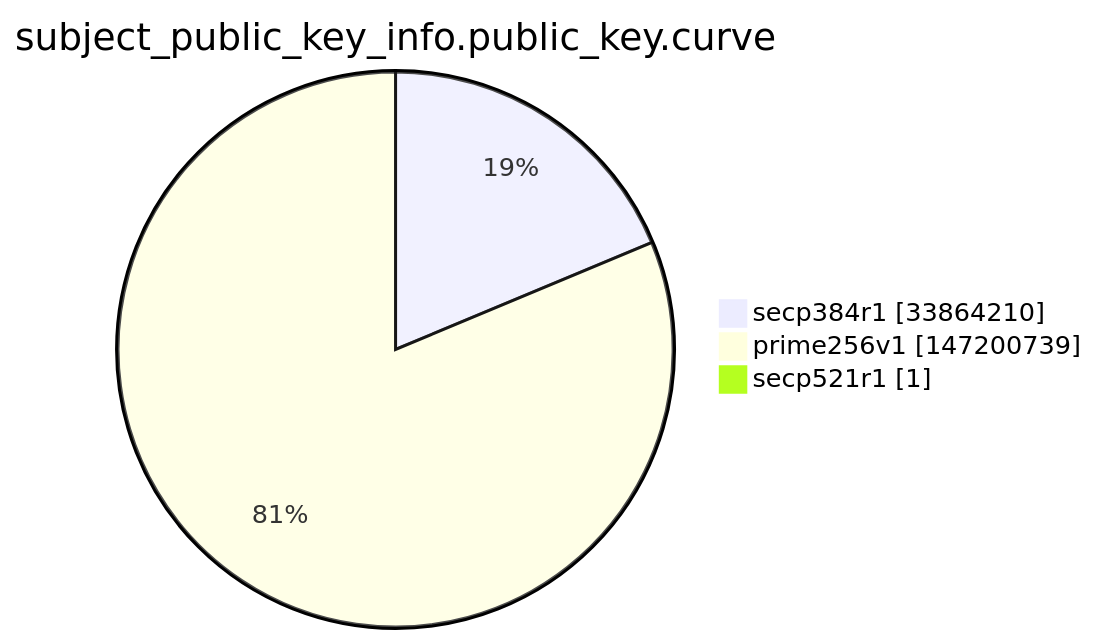
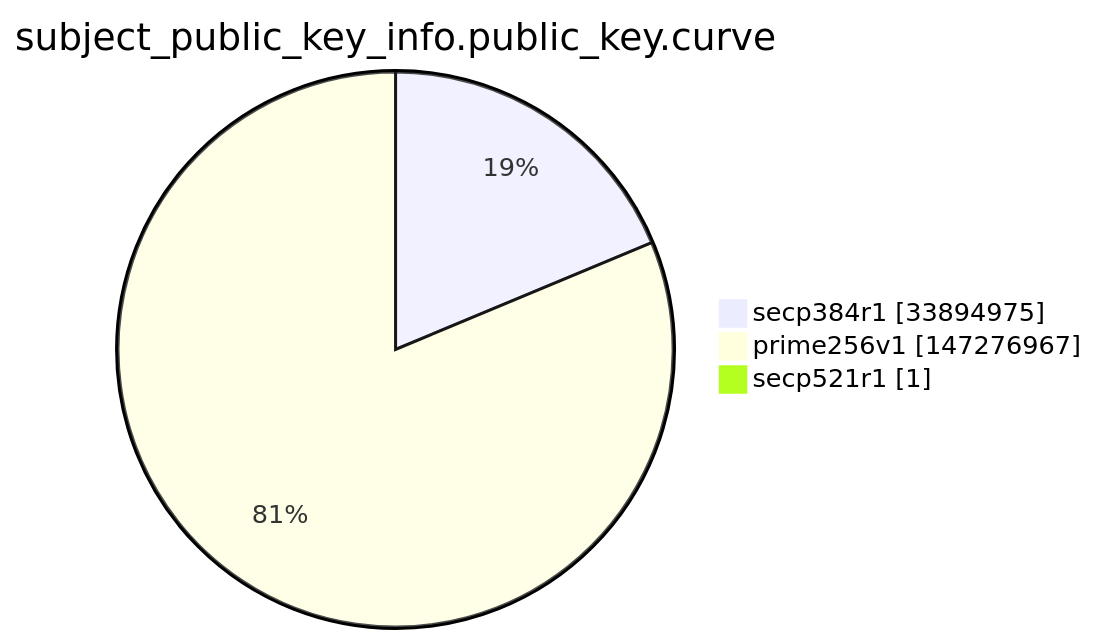
The ninth of 15 diagrams in argon2022/README.md (christiankrug/ctmonitor_visualization), drawn with Mermaid before and after one commit. The commit also changed other lines of this file, not shown here.

````diff
--- a/argon2022/README.md
+++ b/argon2022/README.md
@@ -2764,7 +2764,7 @@
 ```mermaid
 pie showData
 title subject_public_key_info.public_key.curve
-"secp384r1" :33864210
-"prime256v1" :147200739
+"secp384r1" :33894975
+"prime256v1" :147276967
 "secp521r1" :1
 ```
````
